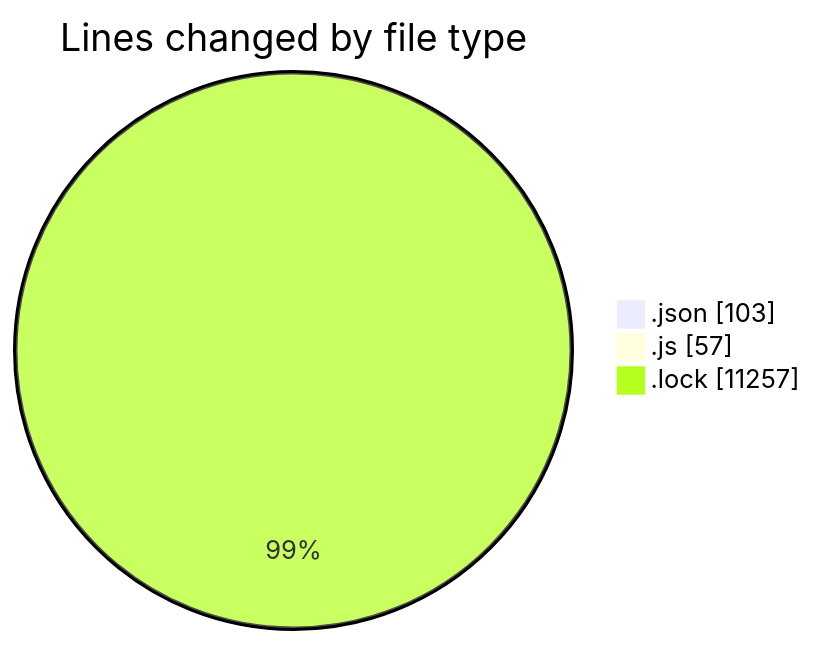
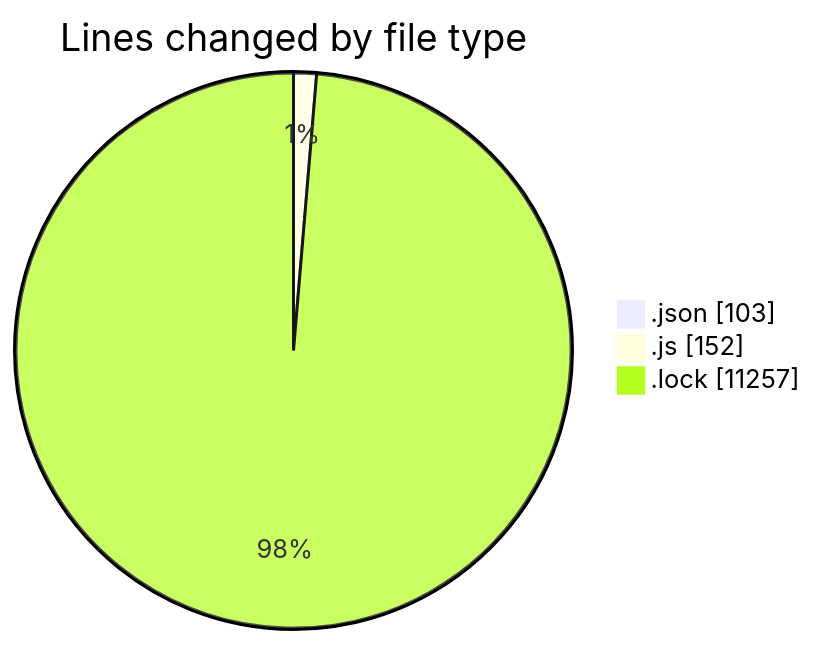
The first of 2 diagrams in 2026-01-06/cda/README.md (momahboobian/code-tracking), drawn with Mermaid before and after one commit. The commit also changed other lines of this file and 1 other file, not shown here.

````diff
--- a/2026-01-06/cda/README.md
+++ b/2026-01-06/cda/README.md
@@ -24,7 +25,7 @@
 ```mermaid
 pie showData
 title Lines changed by file type
 ".json" : 103
-".js" : 57
+".js" : 152
 ".lock" : 11257
 ```
````
